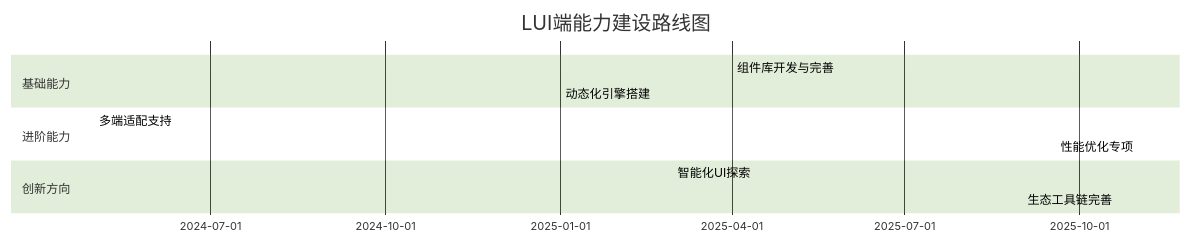
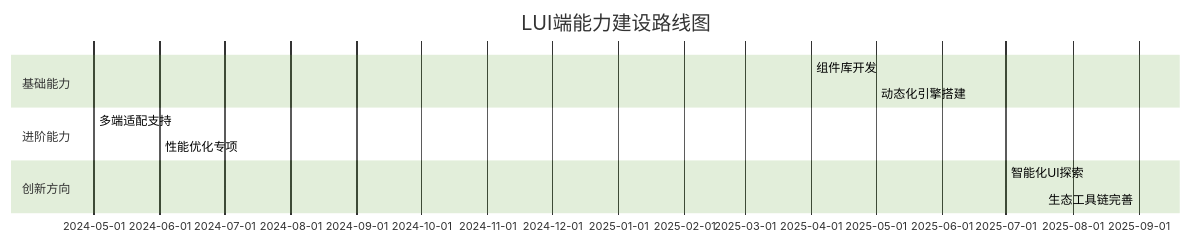
The diagram in all/未命名-3.md (githubjiao/iodraw-files), drawn with Mermaid (forest theme) before and after one commit.

Commit message:
2025-03-04 14:14:53 update

````diff
--- a/all/未命名-3.md
+++ b/all/未命名-3.md
@@ -1,14 +1,14 @@
 ```mermaid
 gantt
     title LUI端能力建设路线图
     dateFormat  YYYY-MM
     section 基础能力
-    组件库开发与完善       :2025-4, 3m
-    动态化引擎搭建   :2025-01, 4m
+    组件库开发       :2025-04, 3m
+    动态化引擎搭建   :2025-05, 4m
     section 进阶能力
     多端适配支持     :2024-05, 6m
-    性能优化专项     :2025-11, 4m
+    性能优化专项     :2024-06, 4m
     section 创新方向
-    智能化UI探索     :2025-03, 6m
+    智能化UI探索     :2025-07, 6m
     生态工具链完善   :2025-09, 6m
 ```
````
